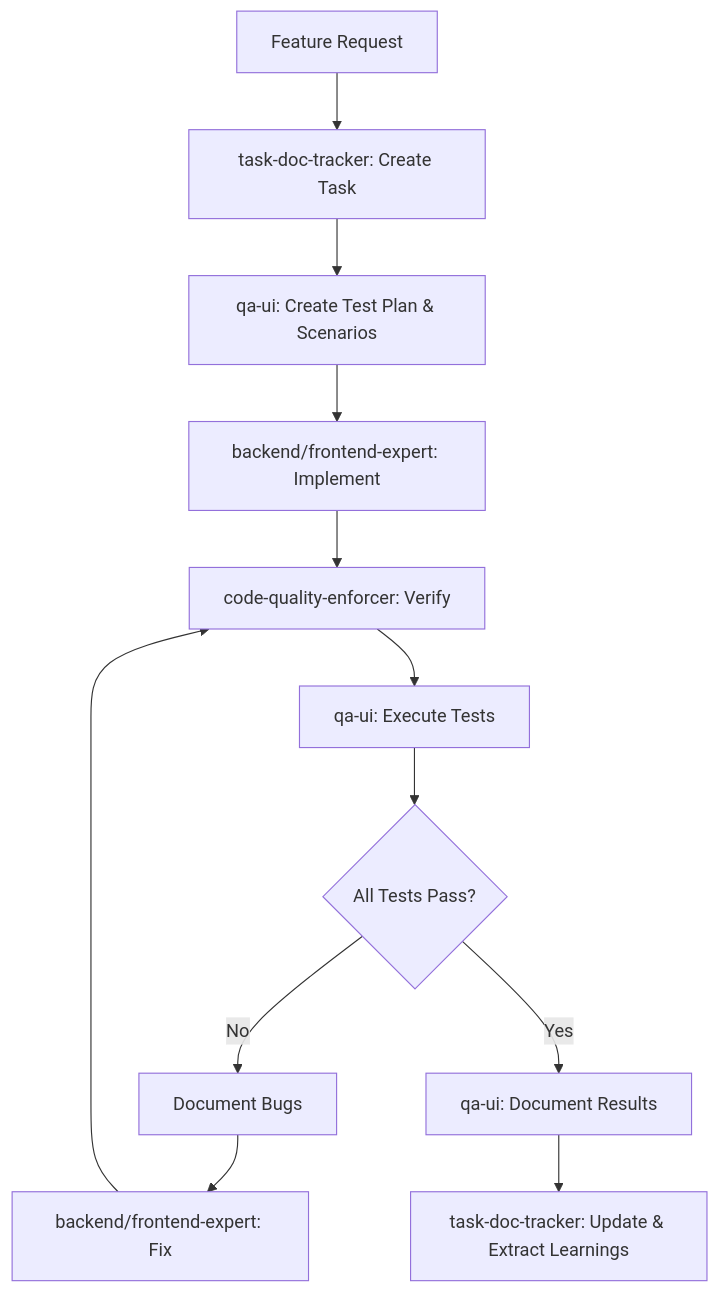
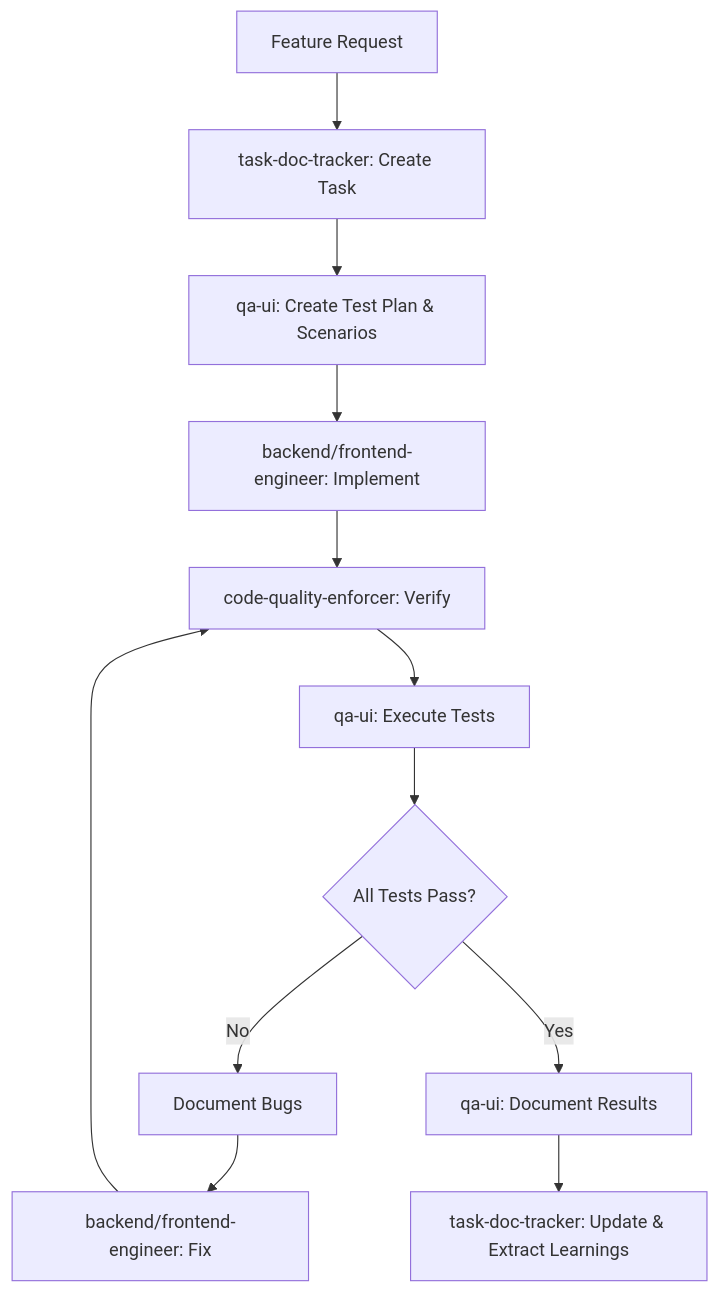
Before and after one commit to duongdev/nv-internal: the first of 2 diagrams in .claude/qa/IMPLEMENTATION-GUIDE.md, drawn with Mermaid. The commit also changed other lines of this file and 7 other files, not shown here.

First line of the commit message:
refactor(agents): rename expert agents to engineer naming convention

````diff
--- a/.claude/qa/IMPLEMENTATION-GUIDE.md
+++ b/.claude/qa/IMPLEMENTATION-GUIDE.md
@@ -226,14 +226,14 @@
 ```mermaid
 graph TD
     A[Feature Request] --> B[task-doc-tracker: Create Task]
     B --> C[qa-ui: Create Test Plan & Scenarios]
-    C --> D[backend/frontend-expert: Implement]
+    C --> D[backend/frontend-engineer: Implement]
     D --> E[code-quality-enforcer: Verify]
     E --> F[qa-ui: Execute Tests]
     F --> G{All Tests Pass?}
     G -->|No| H[Document Bugs]
-    H --> I[backend/frontend-expert: Fix]
+    H --> I[backend/frontend-engineer: Fix]
     I --> E
     G -->|Yes| J[qa-ui: Document Results]
     J --> K[task-doc-tracker: Update & Extract Learnings]
 ```
````
